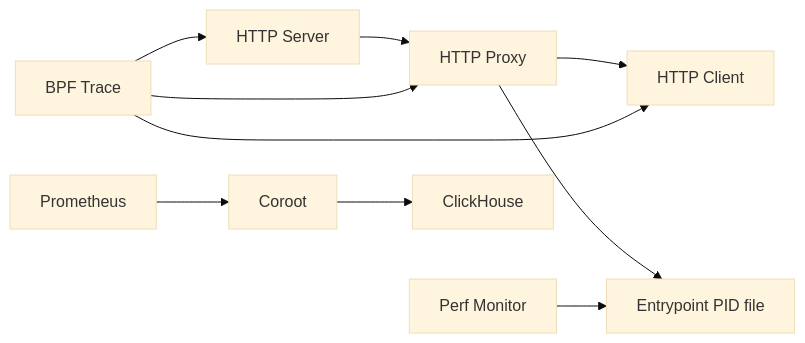
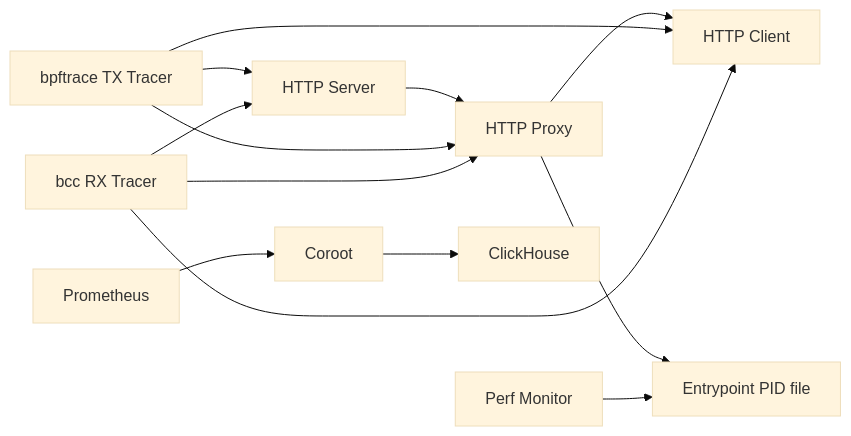
Before and after one commit to Fogus-Gr/MeasurementsDTs: the third of 3 diagrams in .qoder/repowiki/en/content/Integration Components/Network Monitoring System.md, drawn with Mermaid (base theme). The commit also changed other lines of this file and 9 other files, not shown here.

````diff
--- a/.qoder/repowiki/en/content/Integration Components/Network Monitoring System.md
+++ b/.qoder/repowiki/en/content/Integration Components/Network Monitoring System.md
@@ -240,12 +320,15 @@
 ```mermaid
 graph LR
 HS["HTTP Server"] --> HP["HTTP Proxy"]
 HP --> HC["HTTP Client"]
 HP --> EP["Entrypoint PID file"]
 PERF["Perf Monitor"] --> EP
-TRACE["BPF Trace"] --> HS
-TRACE --> HP
-TRACE --> HC
+BPFTRACE["bpftrace TX Tracer"] --> HS
+BPFTRACE --> HP
+BPFTRACE --> HC
+BCC_TRACER["bcc RX Tracer"] --> HS
+BCC_TRACER --> HP
+BCC_TRACER --> HC
 PROM["Prometheus"] --> COROOT["Coroot"]
 COROOT --> CH["ClickHouse"]
 ```
````
